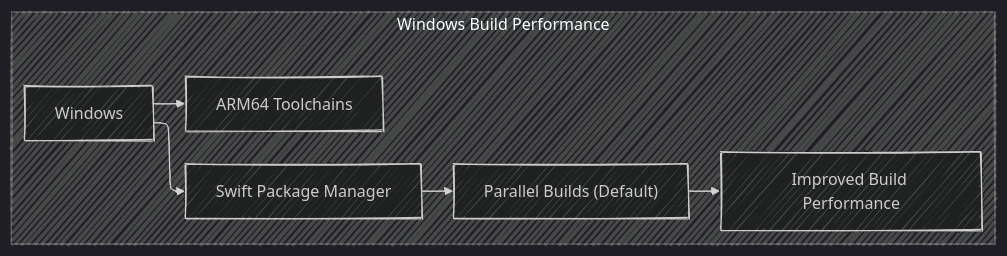
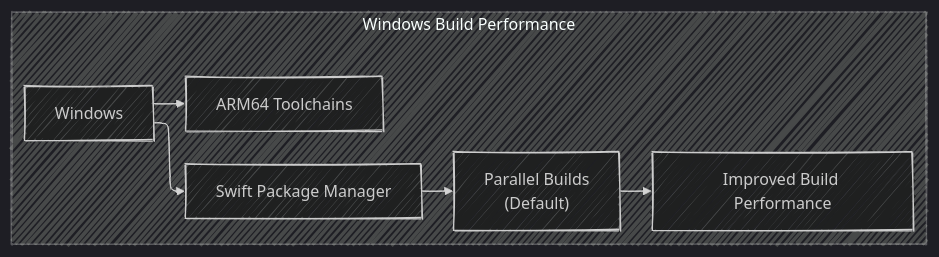
The ninth of 9 diagrams in Swift_Language/Swift-6.md (CongLeSolutionX/iOS-development-vault), drawn with Mermaid before and after one commit. The commit also changed other lines of this file, not shown here.

````diff
--- a/Swift_Language/Swift-6.md
+++ b/Swift_Language/Swift-6.md
@@ -340,16 +340,16 @@
 ```mermaid
 ---
 config:
   layout: elk
   look: handDrawn
   theme: dark
 ---
 graph LR
     subgraph Windows Build Performance
         A["Windows"] --> B["ARM64 Toolchains"];
         A --> C["Swift Package Manager"];
-        C --> D["Parallel Builds (Default)"];
+        C --> D["Parallel Builds <br> (Default)"];
         D --> E["Improved Build Performance"];
     end
     
 ```
````
